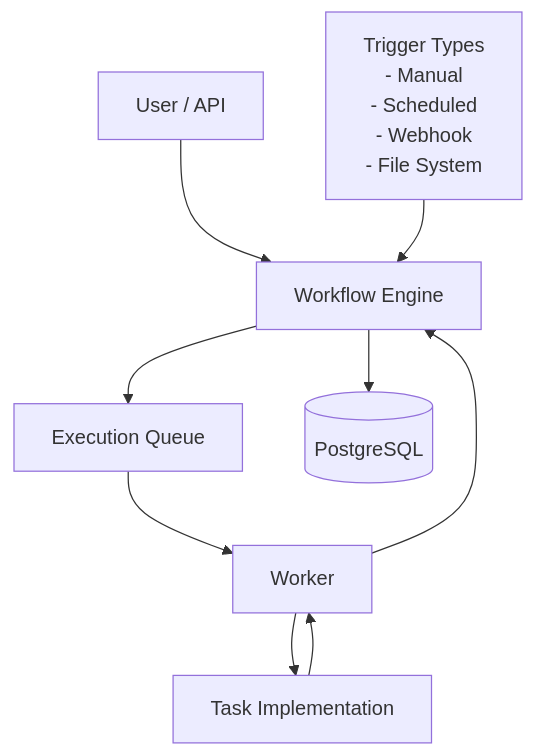
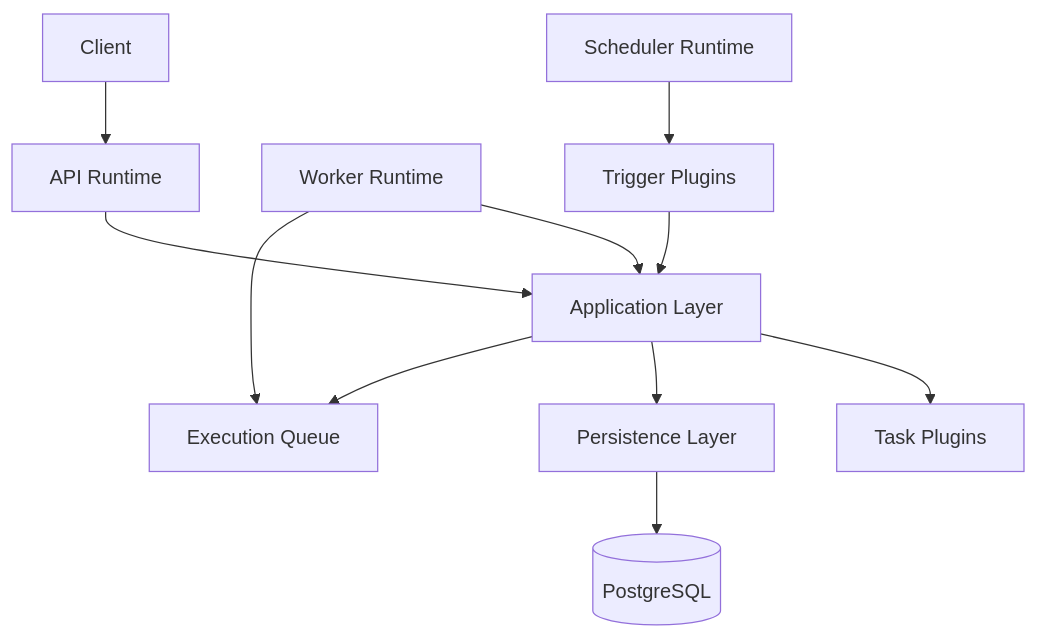
The diagram in docs/architecture/overview.md (Devin8407/Automation-Platform), drawn with Mermaid before and after one commit. The commit also changed other lines of this file and 12 other files, not shown here.

Commit message:
Refined High Level Architecture

````diff
--- a/docs/architecture/overview.md
+++ b/docs/architecture/overview.md
@@ -29,34 +48,39 @@
 ```mermaid
 flowchart TD
 
-    User["User / API"]
+    Client["Client"]
 
-    Trigger["Trigger Types
-    - Manual
-    - Scheduled
-    - Webhook
-    - File System"]
+    API["API Runtime"]
 
-    Engine["Workflow Engine"]
+    Scheduler["Scheduler Runtime"]
+
+    Worker["Worker Runtime"]
+
+    Application["Application Layer"]
 
     Queue["Execution Queue"]
 
-    Worker["Worker"]
+    Tasks["Task Plugins"]
 
-    Task["Task Implementation"]
+    Triggers["Trigger Plugins"]
+
+    Persistence["Persistence Layer"]
 
     DB[(PostgreSQL)]
 
-    User --> Engine
-    Trigger --> Engine
+    Client --> API
 
-    Engine --> Queue
-    Engine --> DB
+    API --> Application
 
-    Queue --> Worker
+    Scheduler --> Triggers
+    Triggers --> Application
 
-    Worker --> Task
-    Task --> Worker
+    Worker --> Queue
+    Worker --> Application
 
-    Worker --> Engine
+    Application --> Queue
+    Application --> Persistence
+    Application --> Tasks
+
+    Persistence --> DB
 ```
````
